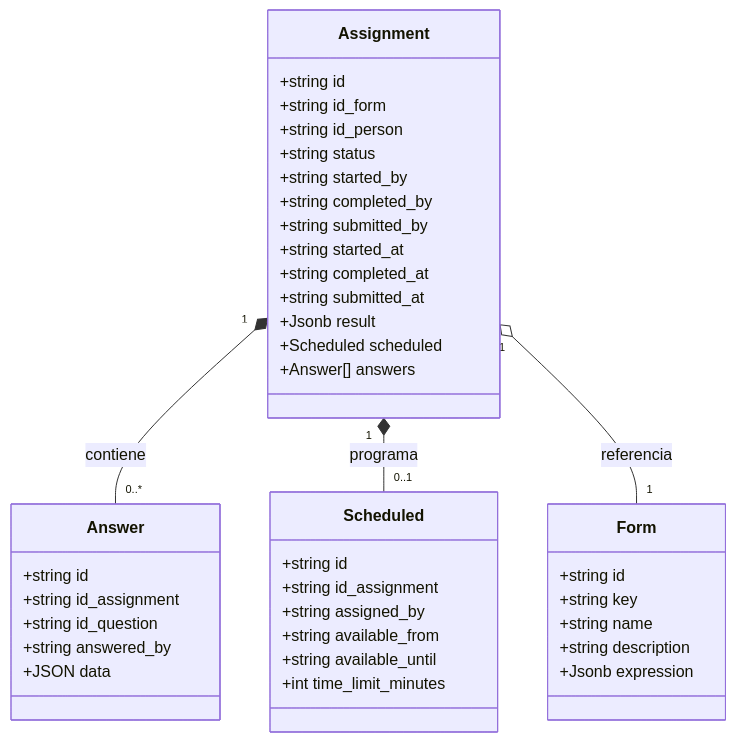
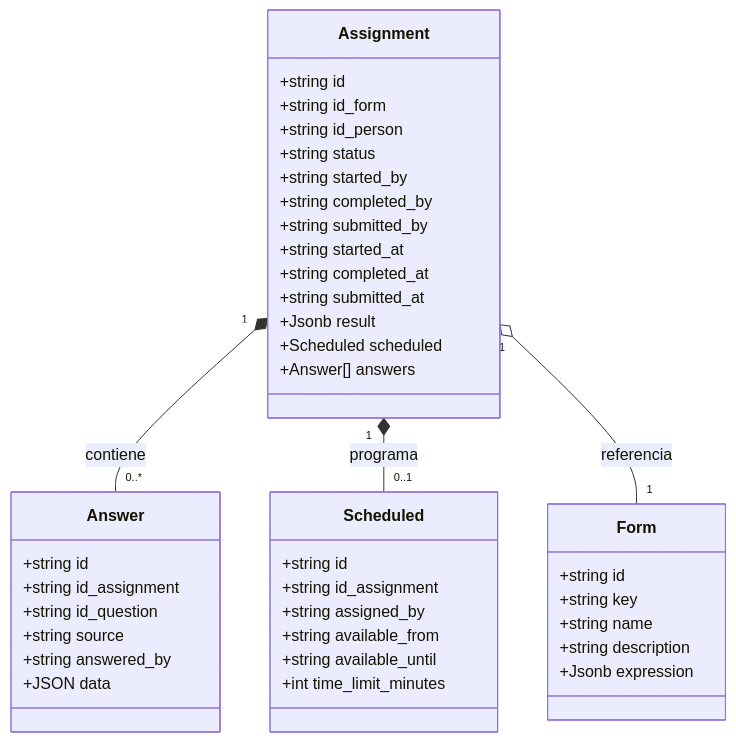
The diagram in features/questionnaires/responses/CLASS.mmd (m4ck-y/dh_docs), drawn with Mermaid before and after one commit. The commit also changed 16 other files, not shown here.

First line of the commit message:
docs(questionnaires): close C7c with question.expression and answer.source

```diff
--- a/features/questionnaires/responses/CLASS.mmd
+++ b/features/questionnaires/responses/CLASS.mmd
@@ -1,57 +1,60 @@
 classDiagram
     %% ===============================================================
     %% Vista de documentos (MongoDB) del modelo de ejecución V2.
     %% Cada 'assignment' es un evento/documento raíz; sus 'answers' van
     %% embebidas. 'Form' se referencia (es compartido e inmutable).
     %% ===============================================================
 
     class Assignment {
         +string id
         +string id_form
         +string id_person
         +string status
         +string started_by
         +string completed_by
         +string submitted_by
         +string started_at
         +string completed_at
         +string submitted_at
         %% {definitions?, scoring?, evaluation?, subscales?}; cada valor {value, type}
         +Jsonb result
         +Scheduled scheduled
         +Answer[] answers
     }
 
     class Scheduled {
         +string id
         +string id_assignment
         +string assigned_by
         +string available_from
         +string available_until
         +int time_limit_minutes
     }
 
     class Answer {
         +string id
         +string id_assignment
         +string id_question
+        %% Origen: USER | CALCULATED (EAnswerSource). CALCULATED => answered_by null
+        %% y el valor es un snapshot de question.expression al enviar (ver ADR 041).
+        +string source
         +string answered_by
         %% {value, type}, mismos campos que un const del AST
         +JSON data
     }
 
     class Form {
         +string id
         +string key
         +string name
         +string description
         %% {scoring?, evaluation?, subscales?}
         +Jsonb expression
     }
 
     %% Assignment embebe sus answers (composición)
     Assignment "1" *-- "0..*" Answer : contiene
     %% Scheduled es un subdocumento opcional embebido (solo flujo programado)
     Assignment "1" *-- "0..1" Scheduled : programa
     %% Form se referencia (agregación), no se embebe
     Assignment "1" o-- "1" Form : referencia
```
